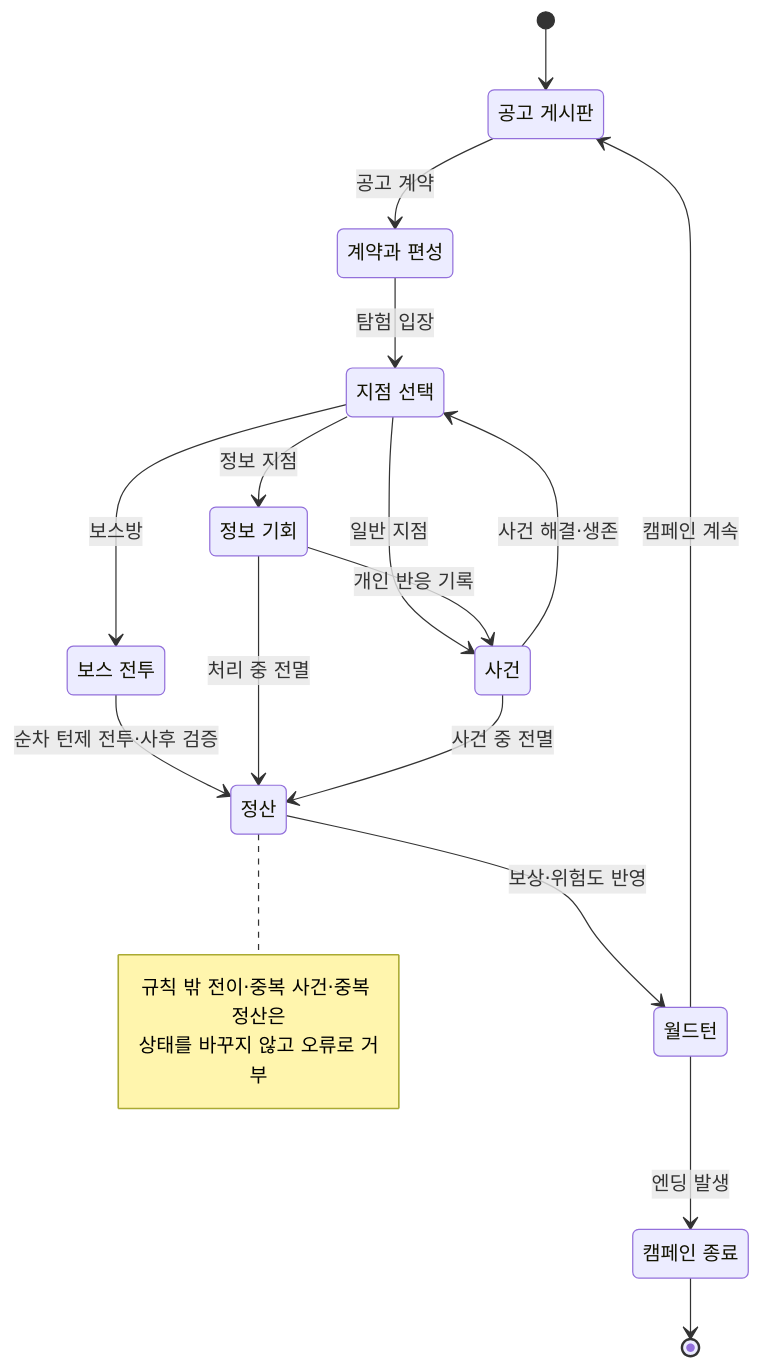
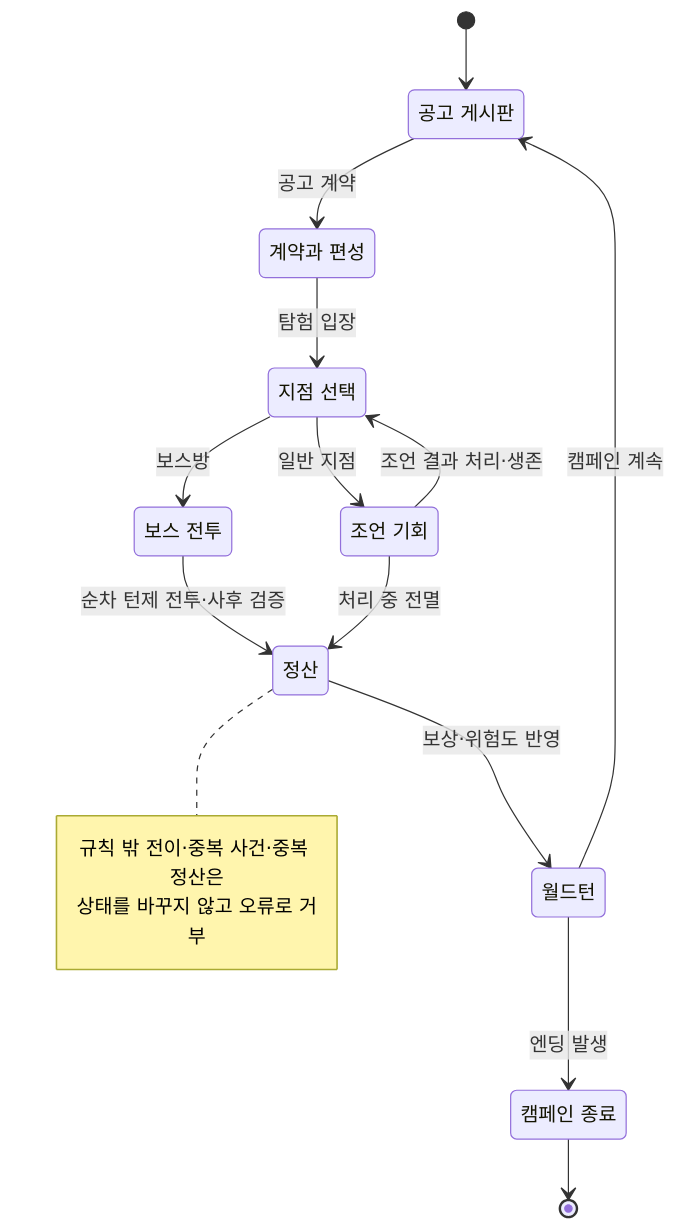
Before and after one commit to LatteBun/Dungeon_Schemer: the diagram in docs/diagram/expedition-state.md, drawn with Mermaid. The commit also changed other lines of this file and 9 other files, not shown here.

````diff
--- a/docs/diagram/expedition-state.md
+++ b/docs/diagram/expedition-state.md
@@ -10,31 +9,27 @@
 ```mermaid
 stateDiagram-v2
     state "공고 게시판" as campaignBoard
     state "계약과 편성" as contract
     state "지점 선택" as pathChoice
-    state "정보 기회" as infoOpportunity
-    state "사건" as event
+    state "조언 기회" as adviceOpportunity
     state "보스 전투" as bossFight
     state "정산" as settlement
     state "월드턴" as worldTurn
     state "캠페인 종료" as campaignEnded
     [*] --> campaignBoard
     campaignBoard --> contract: 공고 계약
     contract --> pathChoice: 탐험 입장
-    pathChoice --> infoOpportunity: 정보 지점
-    pathChoice --> event: 일반 지점
-    infoOpportunity --> event: 개인 반응 기록
-    event --> pathChoice: 사건 해결·생존
+    pathChoice --> adviceOpportunity: 일반 지점
+    adviceOpportunity --> pathChoice: 조언 결과 처리·생존
     pathChoice --> bossFight: 보스방
     bossFight --> settlement: 순차 턴제 전투·사후 검증
-    infoOpportunity --> settlement: 처리 중 전멸
-    event --> settlement: 사건 중 전멸
+    adviceOpportunity --> settlement: 처리 중 전멸
     settlement --> worldTurn: 보상·위험도 반영
     worldTurn --> campaignBoard: 캠페인 계속
     worldTurn --> campaignEnded: 엔딩 발생
     campaignEnded --> [*]
     note right of settlement
       규칙 밖 전이·중복 사건·중복 정산은
       상태를 바꾸지 않고 오류로 거부
     end note
 ```
````
